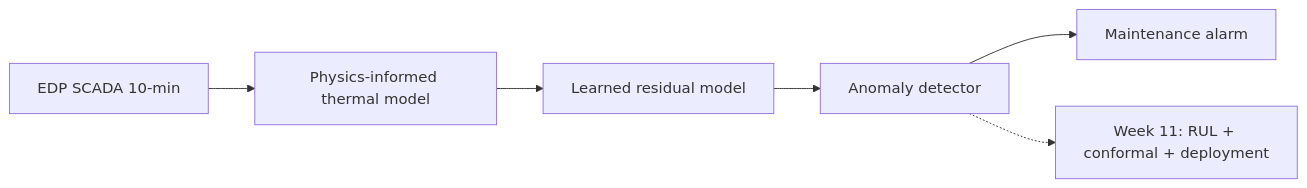
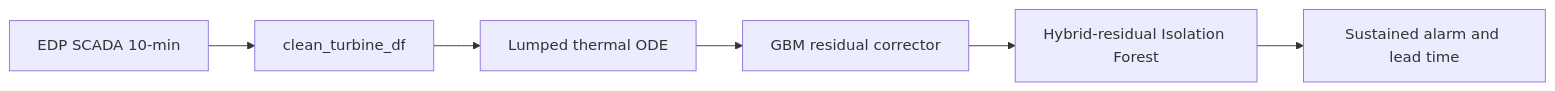
The diagram in README.md (mehmetertac/wind-digital-twin), drawn with Mermaid before and after one commit. The commit also changed other lines of this file and 46 other files, not shown here.

````diff
--- a/README.md
+++ b/README.md
@@ -39,8 +32,8 @@
 ```mermaid
 flowchart LR
-    scada["EDP SCADA 10-min"] --> physics["Physics-informed thermal model"]
-    physics --> resid["Learned residual model"]
-    resid --> anomaly["Anomaly detector"]
-    anomaly --> alarm["Maintenance alarm"]
-    anomaly -.-> week11["Week 11: RUL + conformal + deployment"]
+    scada["EDP SCADA 10-min"] --> clean["clean_turbine_df"]
+    clean --> ode["Lumped thermal ODE"]
+    ode --> gbm["GBM residual corrector"]
+    gbm --> det["Hybrid-residual Isolation Forest"]
+    det --> alarm["Sustained alarm and lead time"]
 ```
````
